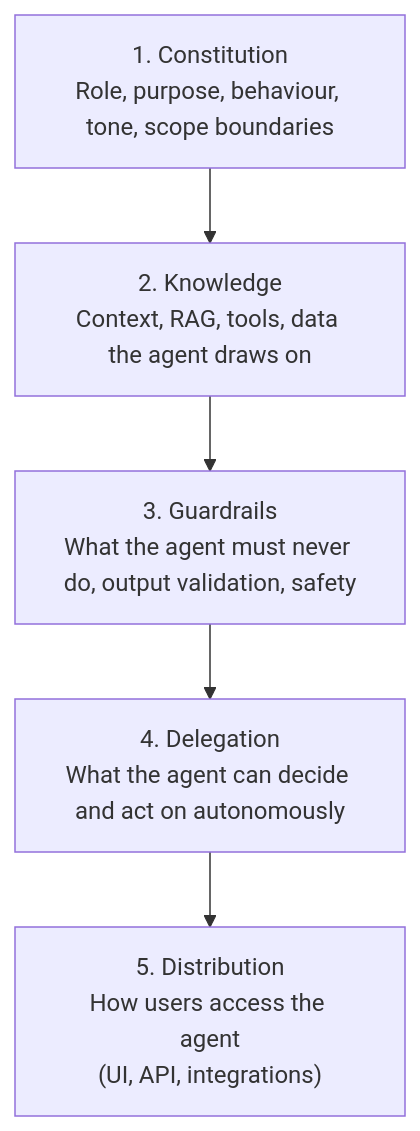
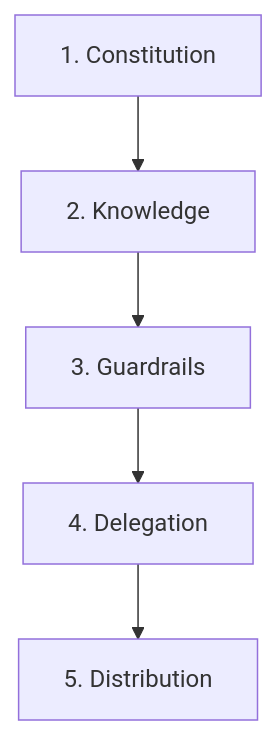
Before and after one commit to mjac-yue/ai-architecture-for-pms: the eighth of 8 diagrams in module-08-agents-tool-use.md, drawn with Mermaid. The commit also changed 15 other files, not shown here.

First line of the commit message:
Remove HTML tags from Mermaid node labels for Obsidian compatibility

````diff
--- a/module-08-agents-tool-use.md
+++ b/module-08-agents-tool-use.md
@@ -208,10 +208,10 @@
 ```mermaid
 flowchart TD
-    L5["5. Distribution<br>How users access the agent<br>(UI, API, integrations)"]
-    L4["4. Delegation<br>What the agent can decide and act on autonomously"]
-    L3["3. Guardrails<br>What the agent must never do, output validation, safety"]
-    L2["2. Knowledge<br>Context, RAG, tools, data the agent draws on"]
-    L1["1. Constitution<br>Role, purpose, behaviour, tone, scope boundaries"]
+    L5["5. Distribution"]
+    L4["4. Delegation"]
+    L3["3. Guardrails"]
+    L2["2. Knowledge"]
+    L1["1. Constitution"]
 
     L1 --> L2 --> L3 --> L4 --> L5
 ```
````
